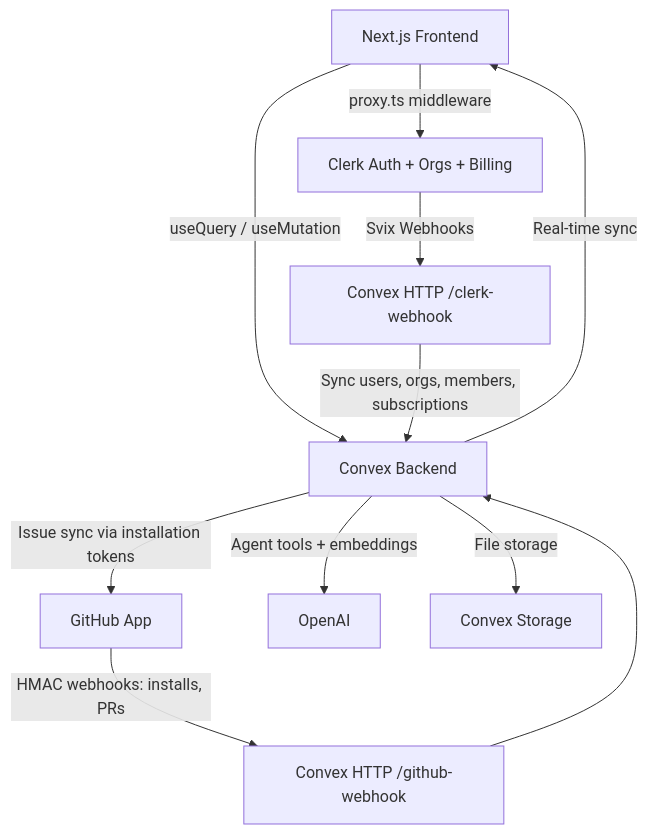
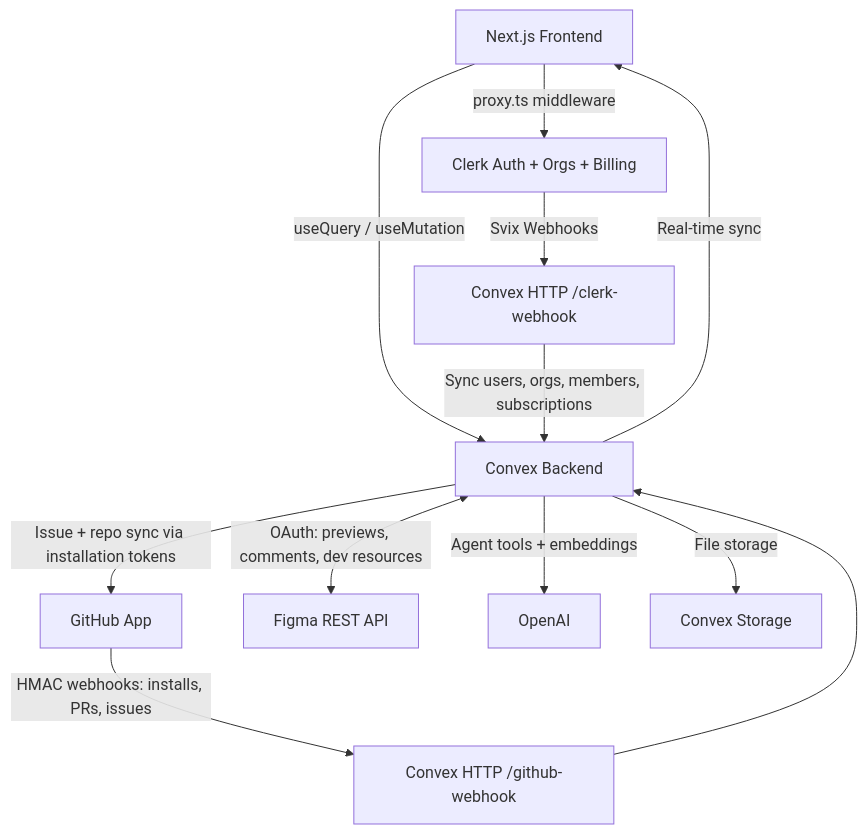
The diagram in .github/README.md (MasterBhuvnesh/skarm), drawn with Mermaid before and after one commit. The commit also changed other lines of this file, not shown here.

Commit message:
docs : README covers dependency graph, Figma, and two-way GitHub sync

````diff
--- a/.github/README.md
+++ b/.github/README.md
@@ -79,13 +89,14 @@
 ```mermaid
 flowchart TB
     Browser[Next.js Frontend] -->|"useQuery / useMutation"| Convex[Convex Backend]
     Convex -->|"Real-time sync"| Browser
     Clerk[Clerk Auth + Orgs + Billing] -->|"Svix Webhooks"| ConvexHTTP["Convex HTTP /clerk-webhook"]
     ConvexHTTP -->|"Sync users, orgs, members, subscriptions"| Convex
-    GitHub[GitHub App] -->|"HMAC webhooks: installs, PRs"| GHHTTP["Convex HTTP /github-webhook"]
+    GitHub[GitHub App] -->|"HMAC webhooks: installs, PRs, issues"| GHHTTP["Convex HTTP /github-webhook"]
     GHHTTP --> Convex
-    Convex -->|"Issue sync via installation tokens"| GitHub
+    Convex -->|"Issue + repo sync via installation tokens"| GitHub
+    Convex <-->|"OAuth: previews, comments, dev resources"| Figma[Figma REST API]
     Convex -->|"Agent tools + embeddings"| OpenAI[OpenAI]
     Convex -->|"File storage"| Storage[Convex Storage]
     Browser -->|"proxy.ts middleware"| Clerk
 ```
````
